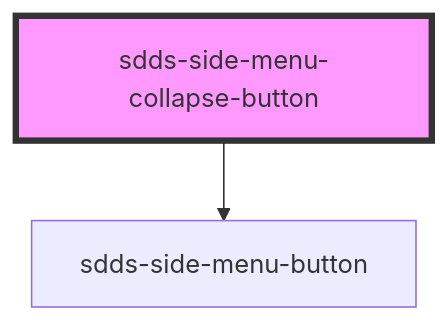
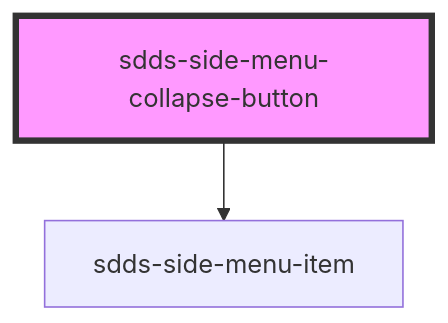
Before and after one commit to scania-digital-design-system/sdds: the diagram in tegel/src/components/side-menu/webcomponent/side-menu-collapse-button/readme.md, drawn with Mermaid. The commit also changed other lines of this file and 15 other files, not shown here.

````diff
--- a/tegel/src/components/side-menu/webcomponent/side-menu-collapse-button/readme.md
+++ b/tegel/src/components/side-menu/webcomponent/side-menu-collapse-button/readme.md
@@ -21,5 +21,5 @@
 ```mermaid
 graph TD;
-  sdds-side-menu-collapse-button --> sdds-side-menu-button
+  sdds-side-menu-collapse-button --> sdds-side-menu-item
   style sdds-side-menu-collapse-button fill:#f9f,stroke:#333,stroke-width:4px
 ```
````
